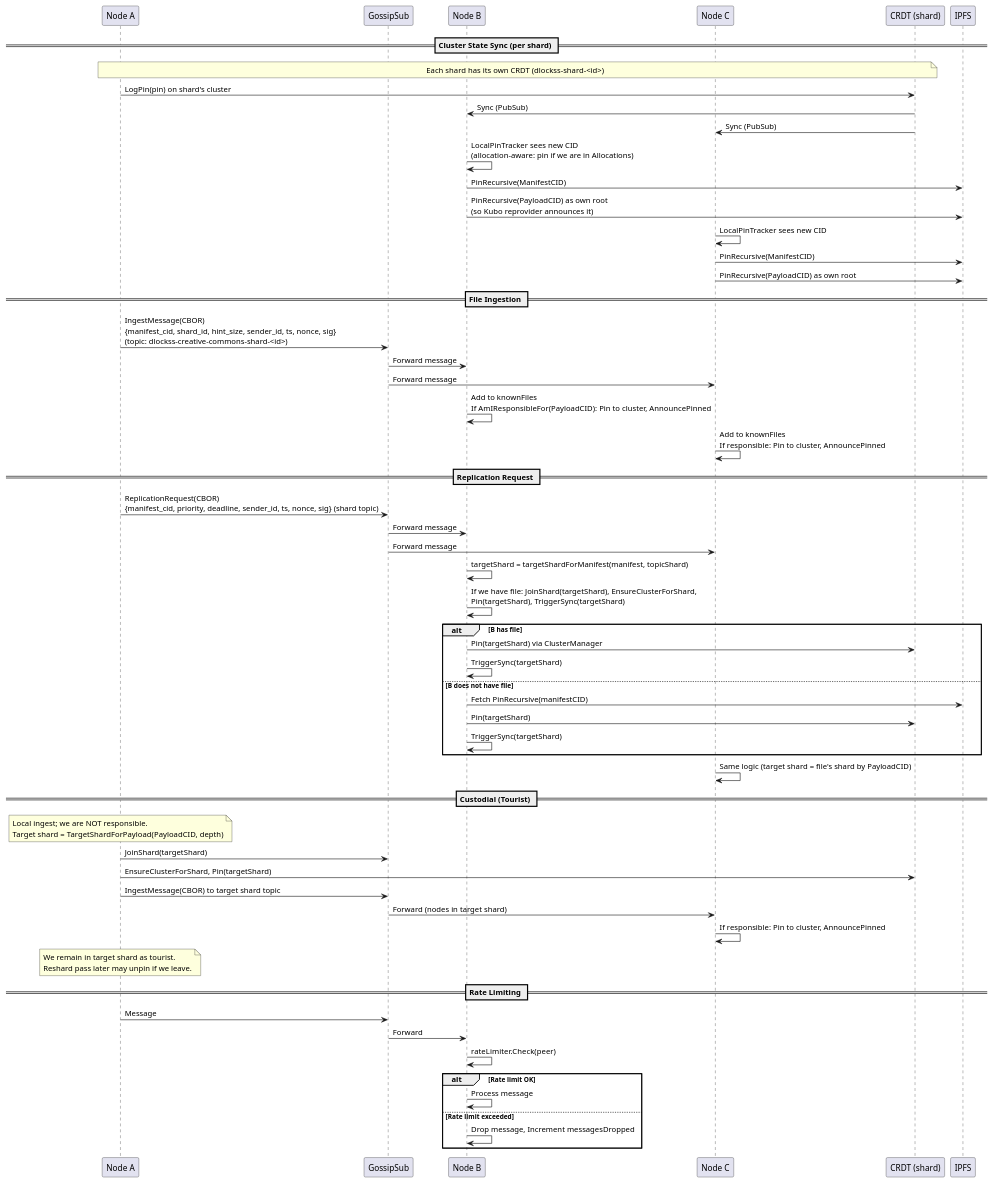
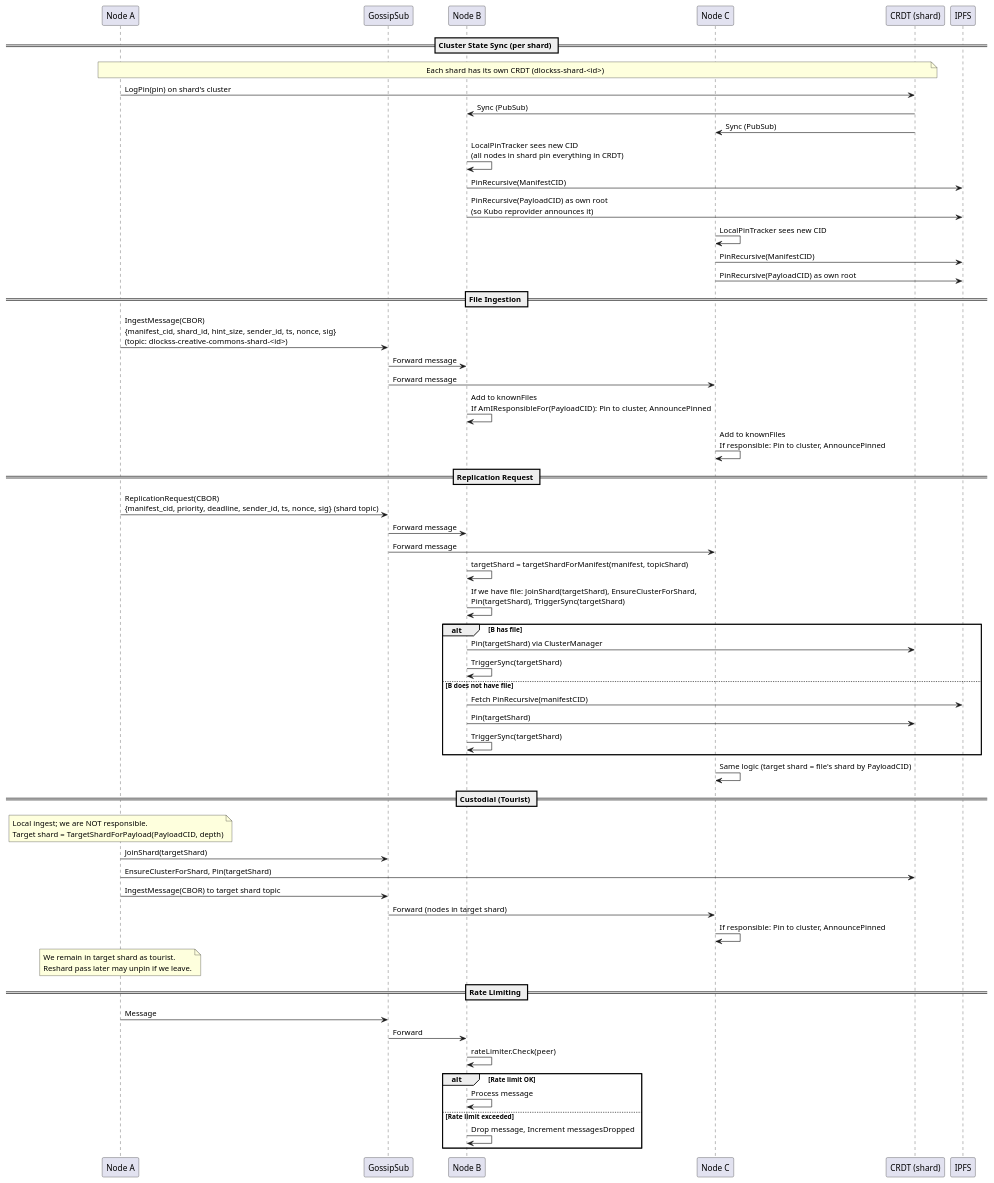
Before and after one commit to gipplab/D-LOCKSS: the diagram in docs/message_flow.puml, drawn with PlantUML. The commit also changed 99 other files, not shown here.

```diff
--- a/docs/message_flow.puml
+++ b/docs/message_flow.puml
@@ -1,64 +1,64 @@
 @startuml Message Flow Diagram
 
 participant "Node A" as A
 participant "GossipSub" as GS
 participant "Node B" as B
 participant "Node C" as C
 participant "CRDT (shard)" as CRDT
 participant "IPFS" as IPFS
 
 == Cluster State Sync (per shard) ==
 note over A, CRDT: Each shard has its own CRDT (dlockss-shard-<id>)
 A -> CRDT: LogPin(pin) on shard's cluster
 CRDT -> B: Sync (PubSub)
 CRDT -> C: Sync (PubSub)
-B -> B: LocalPinTracker sees new CID\n(allocation-aware: pin if we are in Allocations)
+B -> B: LocalPinTracker sees new CID\n(all nodes in shard pin everything in CRDT)
 B -> IPFS: PinRecursive(ManifestCID)
 B -> IPFS: PinRecursive(PayloadCID) as own root\n(so Kubo reprovider announces it)
 C -> C: LocalPinTracker sees new CID
 C -> IPFS: PinRecursive(ManifestCID)
 C -> IPFS: PinRecursive(PayloadCID) as own root
 
 == File Ingestion ==
 A -> GS: IngestMessage(CBOR)\n{manifest_cid, shard_id, hint_size, sender_id, ts, nonce, sig}\n(topic: dlockss-creative-commons-shard-<id>)
 GS -> B: Forward message
 GS -> C: Forward message
 B -> B: Add to knownFiles\nIf AmIResponsibleFor(PayloadCID): Pin to cluster, AnnouncePinned
 C -> C: Add to knownFiles\nIf responsible: Pin to cluster, AnnouncePinned
 
 == Replication Request ==
 A -> GS: ReplicationRequest(CBOR)\n{manifest_cid, priority, deadline, sender_id, ts, nonce, sig} (shard topic)
 GS -> B: Forward message
 GS -> C: Forward message
 B -> B: targetShard = targetShardForManifest(manifest, topicShard)
 B -> B: If we have file: JoinShard(targetShard), EnsureClusterForShard,\nPin(targetShard), TriggerSync(targetShard)
 alt B has file
     B -> CRDT: Pin(targetShard) via ClusterManager
     B -> B: TriggerSync(targetShard)
 else B does not have file
     B -> IPFS: Fetch PinRecursive(manifestCID)
     B -> CRDT: Pin(targetShard)
     B -> B: TriggerSync(targetShard)
 end
 C -> C: Same logic (target shard = file's shard by PayloadCID)
 
 == Custodial (Tourist) ==
 note over A: Local ingest; we are NOT responsible.\nTarget shard = TargetShardForPayload(PayloadCID, depth)
 A -> GS: JoinShard(targetShard)
 A -> CRDT: EnsureClusterForShard, Pin(targetShard)
 A -> GS: IngestMessage(CBOR) to target shard topic
 GS -> C: Forward (nodes in target shard)
 C -> C: If responsible: Pin to cluster, AnnouncePinned
 note over A: We remain in target shard as tourist.\nReshard pass later may unpin if we leave.
 
 == Rate Limiting ==
 A -> GS: Message
 GS -> B: Forward
 B -> B: rateLimiter.Check(peer)
 alt Rate limit OK
     B -> B: Process message
 else Rate limit exceeded
     B -> B: Drop message, Increment messagesDropped
 end
 
 @enduml
```
